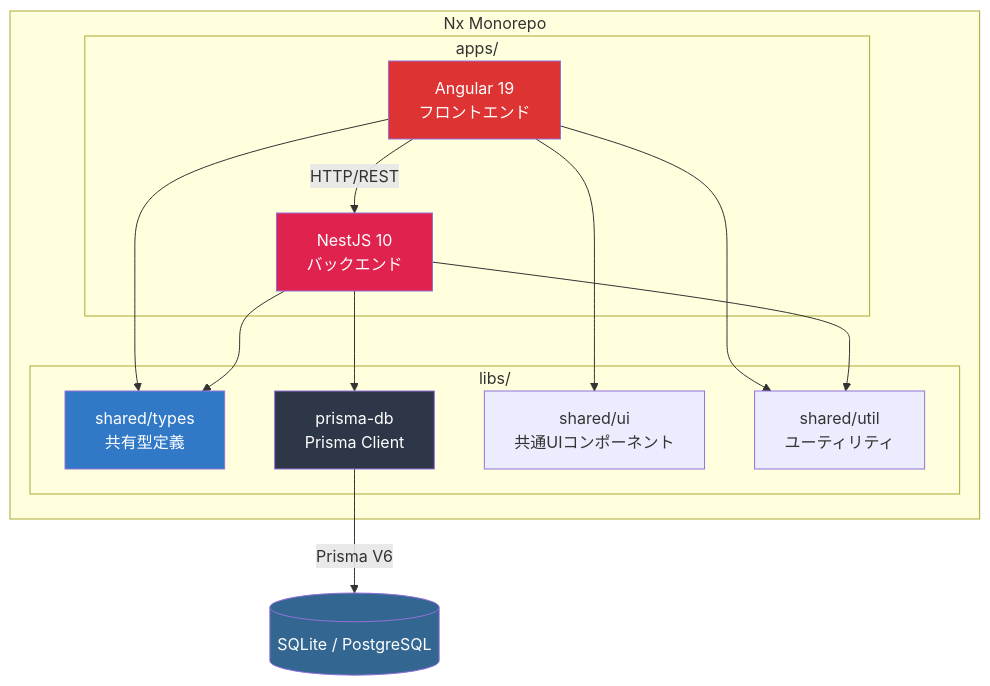
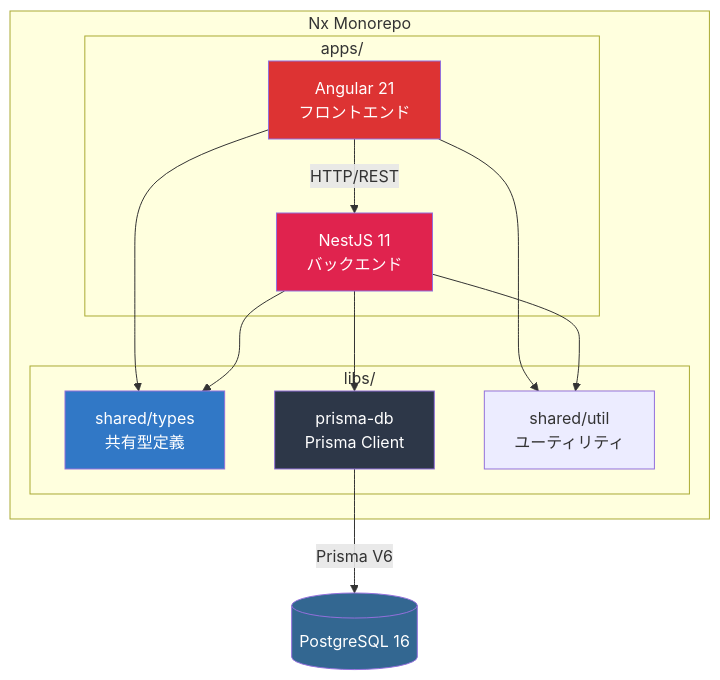
One commit to garchomp-game/nx-angular-nestjs-doc changed the first of 3 diagrams in src/content/docs/architecture/overview.md. Above: the diagram before and after it, drawn with Mermaid. The commit also changed other lines of this file and 29 other files, not shown here.

````diff
--- a/src/content/docs/architecture/overview.md
+++ b/src/content/docs/architecture/overview.md
@@ -10,30 +10,28 @@
 ```mermaid
 graph TB
     subgraph "Nx Monorepo"
         subgraph "apps/"
-            FE["Angular 19<br/>フロントエンド"]
-            BE["NestJS 10<br/>バックエンド"]
+            FE["Angular 21<br/>フロントエンド"]
+            BE["NestJS 11<br/>バックエンド"]
         end
         subgraph "libs/"
             SHARED["shared/types<br/>共有型定義"]
             PRISMA["prisma-db<br/>Prisma Client"]
-            UI["shared/ui<br/>共通UIコンポーネント"]
             UTIL["shared/util<br/>ユーティリティ"]
         end
     end
 
     FE -->|HTTP/REST| BE
     FE --> SHARED
-    FE --> UI
     FE --> UTIL
     BE --> SHARED
     BE --> PRISMA
     BE --> UTIL
-    PRISMA -->|Prisma V6| DB[(SQLite / PostgreSQL)]
+    PRISMA -->|Prisma V6| DB[(PostgreSQL 16)]
 
     style FE fill:#dd3333,color:#fff
     style BE fill:#e0234e,color:#fff
     style SHARED fill:#3178c6,color:#fff
     style PRISMA fill:#2d3748,color:#fff
     style DB fill:#336791,color:#fff
 ```
````
